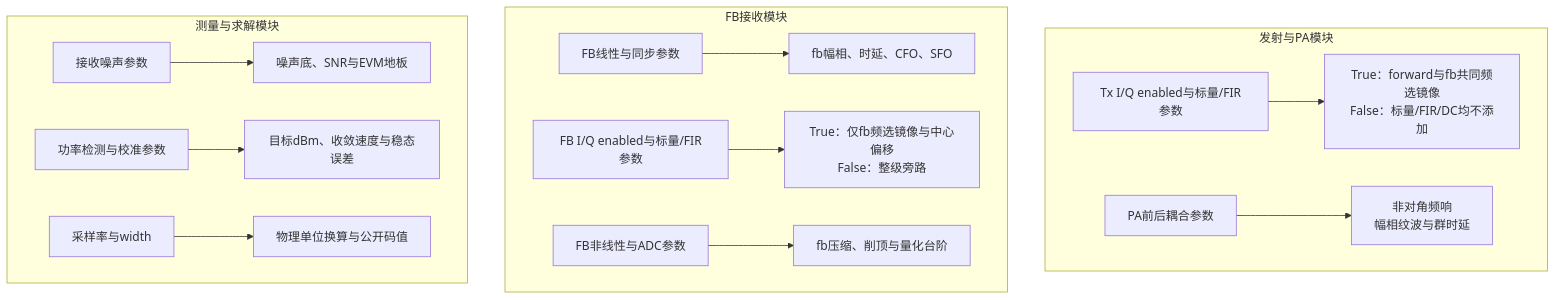
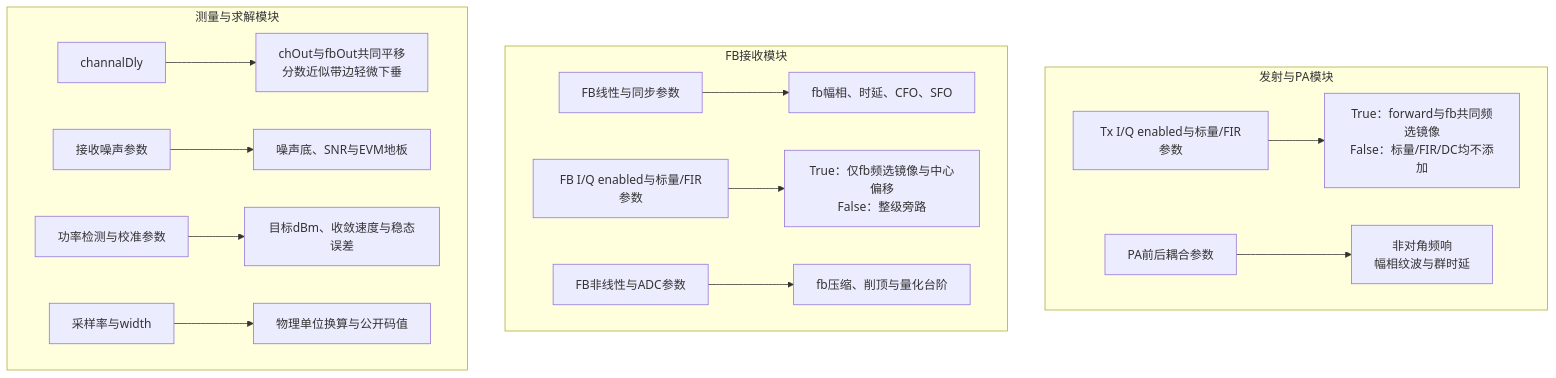
Before and after one commit to niyilu45/DPD_ILC: the sixth of 9 diagrams in doc/Channel.md, drawn with Mermaid. The commit also changed other lines of this file and 4 other files, not shown here.

Commit message:
Add common fractional Channel delay

````diff
--- a/doc/Channel.md
+++ b/doc/Channel.md
@@ -1254,17 +1298,18 @@
 ```mermaid
 flowchart TB
     subgraph transmitter["发射与PA模块"]
         txIq["Tx I/Q enabled与标量/FIR参数"] --> txObs["True：forward与fb共同频选镜像<br/>False：标量/FIR/DC均不添加"]
         coupling["PA前后耦合参数"] --> couplingObs["非对角频响<br/>幅相纹波与群时延"]
     end
     subgraph feedback["FB接收模块"]
         fbSync["FB线性与同步参数"] --> syncObs["fb幅相、时延、CFO、SFO"]
         fbIq["FB I/Q enabled与标量/FIR参数"] --> fbIqObs["True：仅fb频选镜像与中心偏移<br/>False：整级旁路"]
         fbNonlinear["FB非线性与ADC参数"] --> fbNonlinearObs["fb压缩、削顶与量化台阶"]
     end
     subgraph measurement["测量与求解模块"]
+        commonDelay["channalDly"] --> delayObs["chOut与fbOut共同平移<br/>分数近似带边轻微下垂"]
         noise["接收噪声参数"] --> noiseObs["噪声底、SNR与EVM地板"]
         calibration["功率检测与校准参数"] --> calibrationObs["目标dBm、收敛速度与稳态误差"]
         interface["采样率与width"] --> interfaceObs["物理单位换算与公开码值"]
     end
 ```
````
